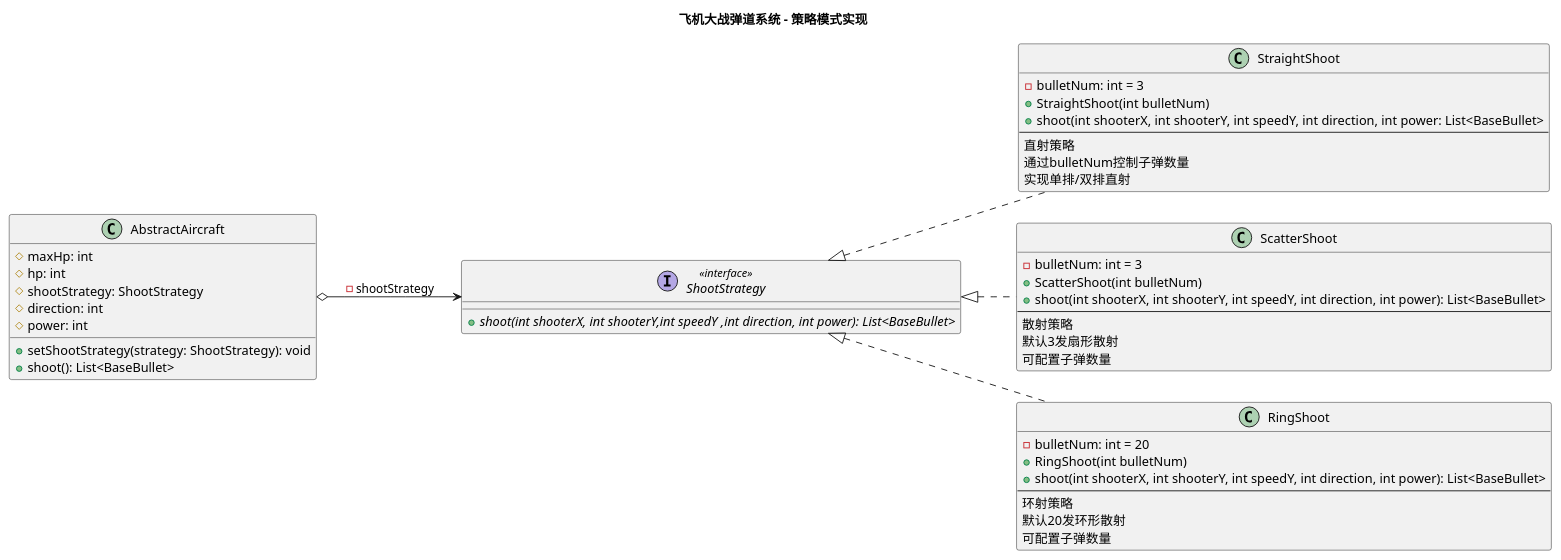
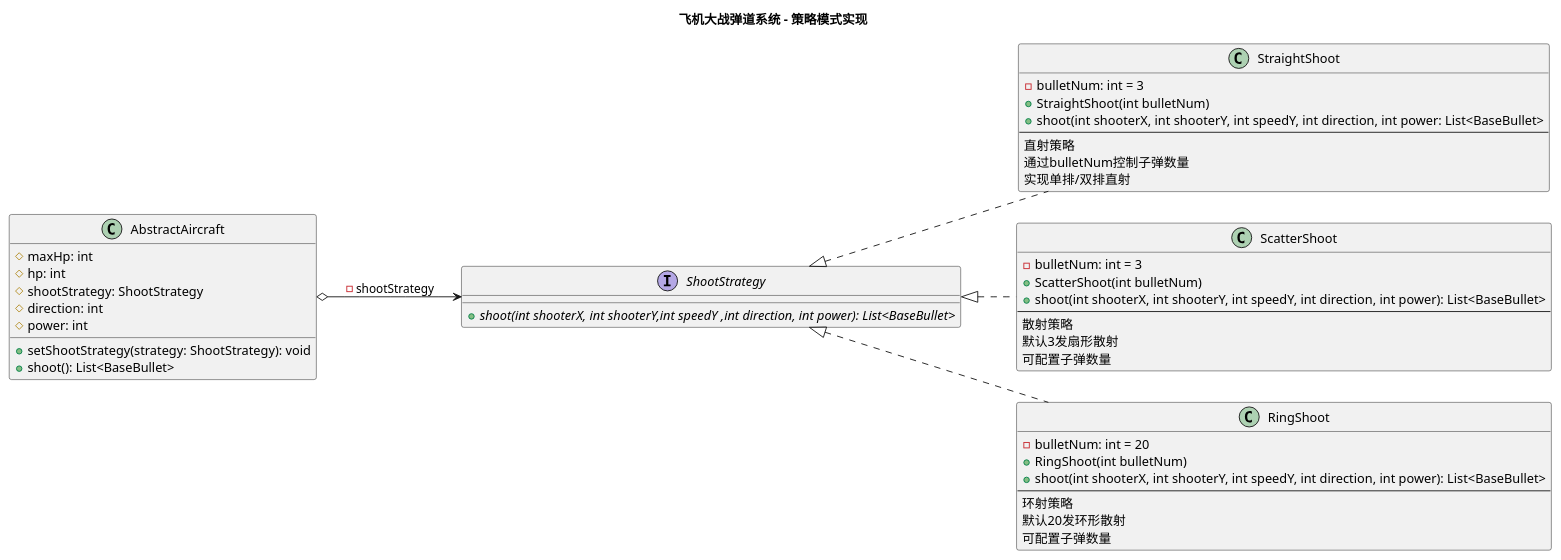
The diagram in uml/Strategy.puml (go1112/AircraftWar), drawn with PlantUML before and after one commit. The commit also changed 4 other files, not shown here.

Commit message:
对uml类图做小修改

```diff
--- a/uml/Strategy.puml
+++ b/uml/Strategy.puml
@@ -1,63 +1,63 @@
-@startuml
+@startuml "飞机大战弹道系统 - 策略模式实现"
 title 飞机大战弹道系统 - 策略模式实现
 left to right direction
 
 ' 1. 策略接口
-interface ShootStrategy <<interface>> {
+interface ShootStrategy {
   +{abstract} shoot(int shooterX, int shooterY,int speedY ,int direction, int power): List<BaseBullet>
 } 
 
 ' 2. 具体策略类
 class StraightShoot {
   -bulletNum: int = 3
   +StraightShoot(int bulletNum)
   +shoot(int shooterX, int shooterY, int speedY, int direction, int power: List<BaseBullet>
   --
   直射策略
   通过bulletNum控制子弹数量
   实现单排/双排直射 
 }
 
 class ScatterShoot {
   -bulletNum: int = 3
   +ScatterShoot(int bulletNum)
   +shoot(int shooterX, int shooterY, int speedY, int direction, int power): List<BaseBullet>
   --
   散射策略
   默认3发扇形散射
   可配置子弹数量
 }
 
 class RingShoot {
   -bulletNum: int = 20
   +RingShoot(int bulletNum)
   +shoot(int shooterX, int shooterY, int speedY, int direction, int power): List<BaseBullet>
   --
   环射策略
   默认20发环形散射
   可配置子弹数量
 }
 
 ' 3. 实现关系
 ShootStrategy <|.. StraightShoot
 ShootStrategy <|.. ScatterShoot
 ShootStrategy <|.. RingShoot
 
 
 ' 5. 上下文类
 class AbstractAircraft {
   #maxHp: int
   #hp: int
   #shootStrategy: ShootStrategy
   #direction: int
   #power: int
   
   +setShootStrategy(strategy: ShootStrategy): void
   +shoot(): List<BaseBullet>
   ' ... 其他上下文方法
 }
 
 AbstractAircraft o--> ShootStrategy : -shootStrategy
 
 
 @enduml
```
